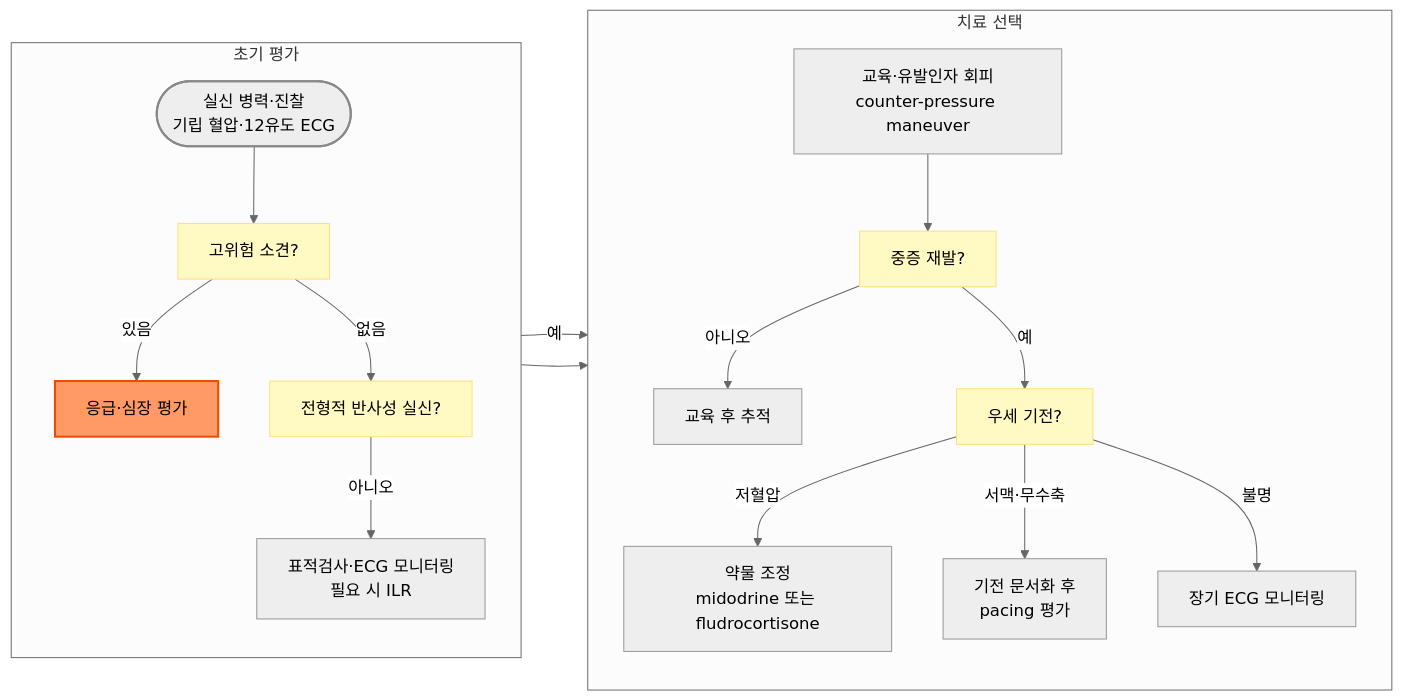
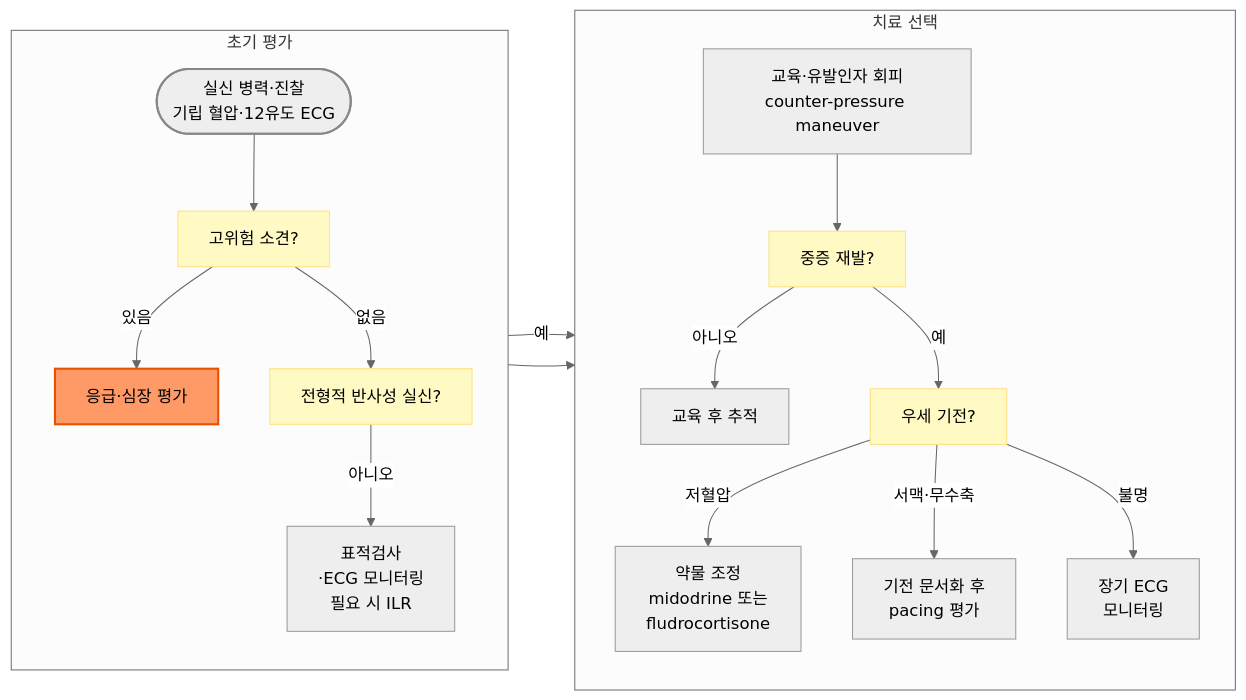
One commit to familyoh77/familyoh77 changed the diagram in 221_/022_-reflex-syncope.md. Above: the diagram before and after it, drawn with Mermaid (neutral theme). The commit also changed other lines of this file, not shown here.

````diff
--- a/221_/022_-reflex-syncope.md
+++ b/221_/022_-reflex-syncope.md
@@ -124,28 +125,27 @@
 ```mermaid
 flowchart LR
     subgraph DX["초기 평가"]
         direction TB
         A(["실신 병력·진찰<br/>기립 혈압·12유도 ECG"]) --> B["고위험 소견?"]
         B -->|있음| C["응급·심장 평가"]
         B -->|없음| D["전형적 반사성 실신?"]
-        D -->|아니오| E["표적검사·ECG 모니터링<br/>필요 시 ILR"]
+        D -->|아니오| E["표적검사<br/>·ECG 모니터링<br/>필요 시 ILR"]
     end
     subgraph TX["치료 선택"]
         direction TB
         F["교육·유발인자 회피<br/>counter-pressure maneuver"] --> G["중증 재발?"]
         G -->|아니오| H["교육 후 추적"]
         G -->|예| I["우세 기전?"]
-        I -->|저혈압| J["약물 조정<br/>midodrine 또는 fludrocortisone"]
+        I -->|저혈압| J["약물 조정<br/>midodrine 또는 <br/>fludrocortisone"]
         I -->|서맥·무수축| K["기전 문서화 후<br/>pacing 평가"]
-        I -->|불명| L["장기 ECG 모니터링"]
+        I -->|불명| L["장기 ECG <br/>모니터링"]
     end
     D -->|예| F
     E --> L
-
     classDef startNode fill:#eeeeee,stroke:#888888,stroke-width:2px
     classDef questionNode fill:#fff9c4,stroke:#ffe082
     classDef urgentNode fill:#f96,stroke:#e65100,stroke-width:2px
     class A startNode
     class B,D,G,I questionNode
     class C urgentNode
 ```
````
